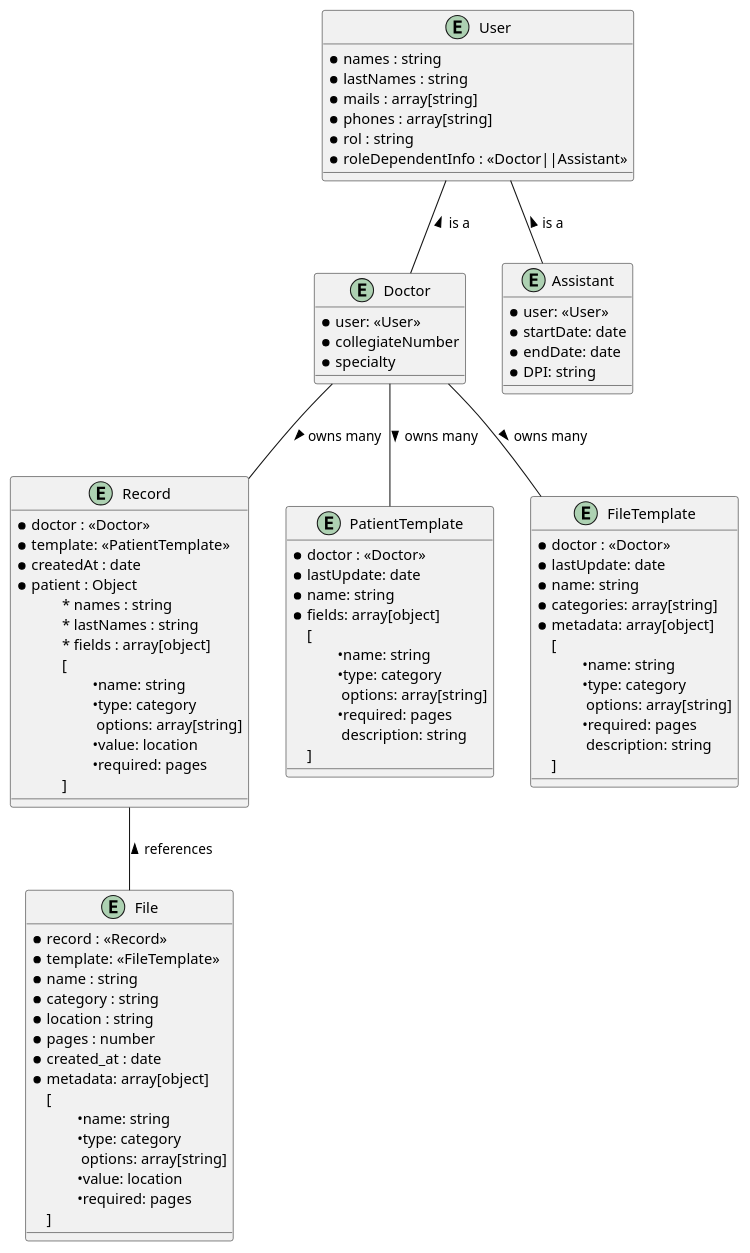
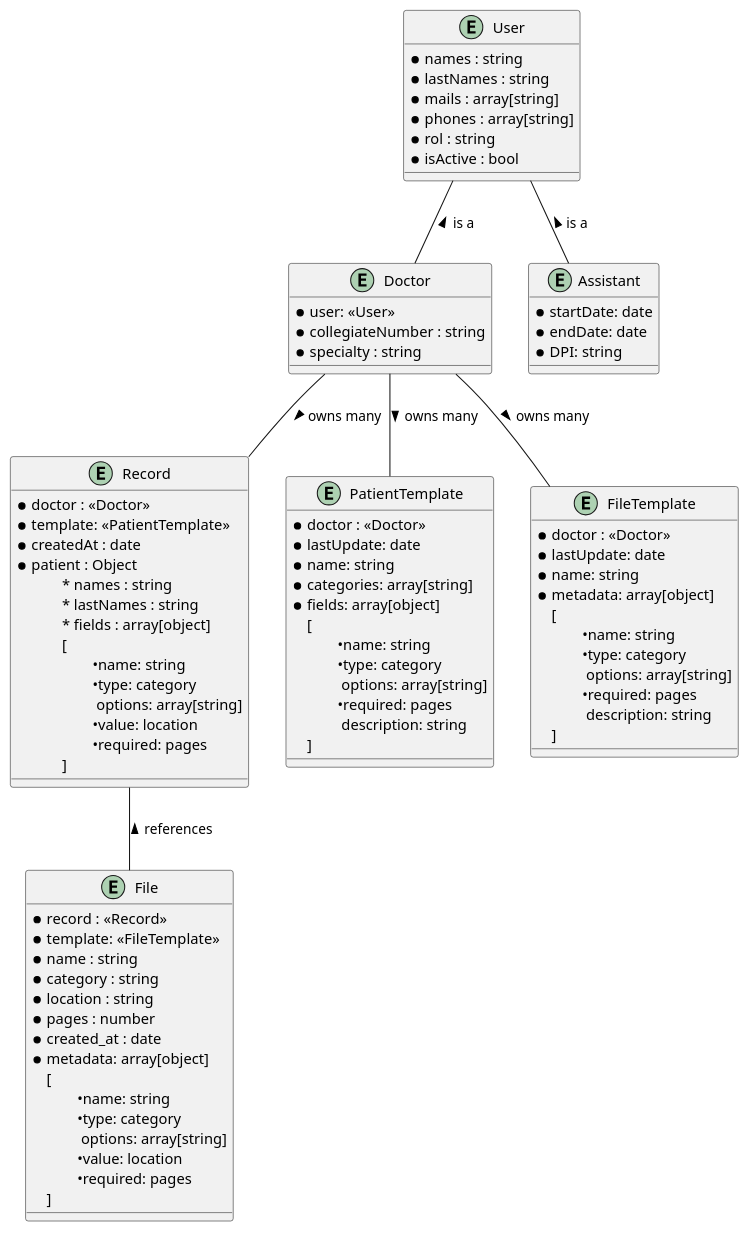
The diagram in Diagram/DB_Diagram.plantuml (TherapistTrack/TherapistTrack-DB), drawn with PlantUML before and after one commit. The commit also changed 2 other files, not shown here.

```diff
--- a/Diagram/DB_Diagram.plantuml
+++ b/Diagram/DB_Diagram.plantuml
@@ -1,99 +1,98 @@
 @startuml entity
 
 entity User {
     * names : string
     * lastNames : string
     * mails : array[string]
     * phones : array[string]
     * rol : string
-    * roleDependentInfo : <<Doctor||Assistant>>
+    * isActive : bool
 }
 
 entity Doctor {
     * user: <<User>>
-    * collegiateNumber
-    * specialty
+    * collegiateNumber : string
+    * specialty : string
 }
 
 entity Assistant {
-    * user: <<User>>
     * startDate: date
     * endDate: date
     * DPI: string
 }
 
 entity Record {
     * doctor : <<Doctor>>
     * template: <<PatientTemplate>> 
     * createdAt : date
     * patient : Object
     \t* names : string
     \t* lastNames : string
     \t* fields : array[object]
     \t[
         \t\t•name: string
         \t\t•type: category
         \t\t options: array[string]
         \t\t•value: location
         \t\t•required: pages
     \t]
     
 }
 
 entity PatientTemplate {
     * doctor : <<Doctor>>
     * lastUpdate: date
     * name: string
+    * categories: array[string]
     * fields: array[object]
     [
         \t•name: string
         \t•type: category
         \t options: array[string]
         \t•required: pages
         \t description: string
     ]
 }
 
 entity FileTemplate {
     * doctor : <<Doctor>>
     * lastUpdate: date
     * name: string
-    * categories: array[string]
     * metadata: array[object]
     [
         \t•name: string
         \t•type: category
         \t options: array[string]
         \t•required: pages
         \t description: string
     ]
 }
 
 entity File {
     * record : <<Record>>
     * template: <<FileTemplate>> 
     * name : string
     * category : string
     * location : string
     * pages : number
     * created_at : date
     * metadata: array[object]
     [
         \t•name: string
         \t•type: category
         \t options: array[string]
         \t•value: location
         \t•required: pages
     ]
 }
 
 User -d- Doctor : < is a
 User -d- Assistant : < is a
 
 Record -u- Doctor : < owns many
 Record -- File  : < references
 
 Doctor -- FileTemplate : > owns many 
 Doctor -- PatientTemplate : > owns many
 
 @enduml
```
